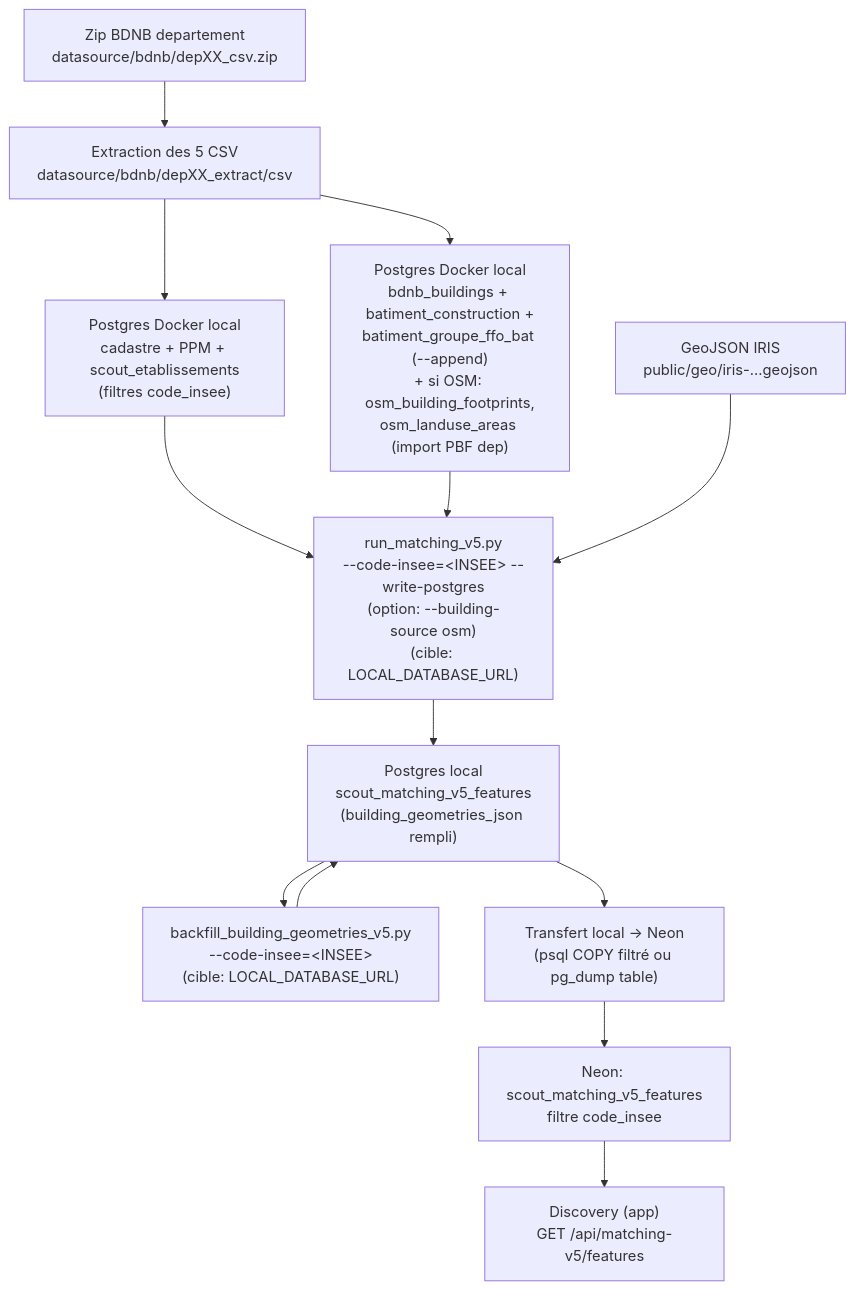
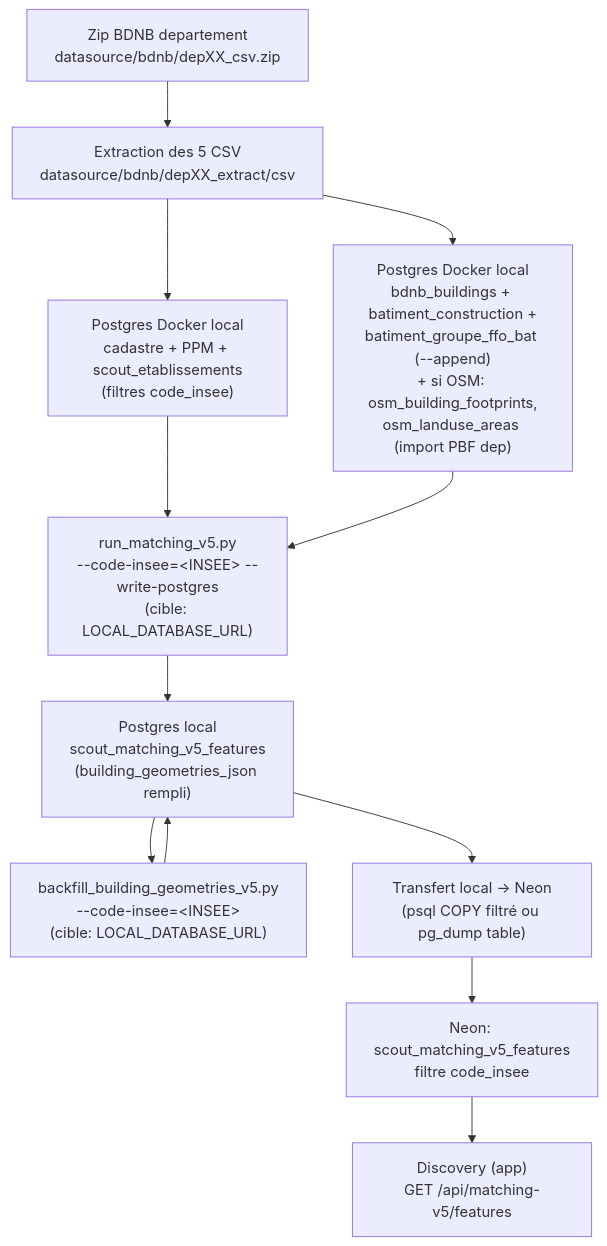
Before and after one commit to MaximeLamanda/App-Radianz: the diagram in docs/PROCEDURE-AJOUT-COMMUNE.md, drawn with Mermaid. The commit also changed other lines of this file and 187 other files, not shown here.

````diff
--- a/docs/PROCEDURE-AJOUT-COMMUNE.md
+++ b/docs/PROCEDURE-AJOUT-COMMUNE.md
@@ -47,24 +48,22 @@
 ```mermaid
 flowchart TD
     Zip["Zip BDNB departement<br/>datasource/bdnb/depXX_csv.zip"]
     Extract["Extraction des 5 CSV<br/>datasource/bdnb/depXX_extract/csv"]
     LocalSupport["Postgres Docker local<br/>cadastre + PPM + scout_etablissements<br/>(filtres code_insee)"]
     LocalBdnb["Postgres Docker local<br/>bdnb_buildings + batiment_construction +<br/>batiment_groupe_ffo_bat (--append)<br/>+ si OSM: osm_building_footprints,<br/>osm_landuse_areas (import PBF dep)"]
-    IrisLocal["GeoJSON IRIS<br/>public/geo/iris-...geojson"]
-    MatchLocal["run_matching_v5.py<br/>--code-insee=&lt;INSEE&gt; --write-postgres<br/>(option: --building-source osm)<br/>(cible: LOCAL_DATABASE_URL)"]
+    MatchLocal["run_matching_v5.py<br/>--code-insee=&lt;INSEE&gt; --write-postgres<br/>(cible: LOCAL_DATABASE_URL)"]
     Backfill["backfill_building_geometries_v5.py<br/>--code-insee=&lt;INSEE&gt;<br/>(cible: LOCAL_DATABASE_URL)"]
     LocalScout["Postgres local<br/>scout_matching_v5_features<br/>(building_geometries_json rempli)"]
     Transfer["Transfert local -> Neon<br/>(psql COPY filtré ou pg_dump table)"]
     Neon["Neon: scout_matching_v5_features<br/>filtre code_insee"]
     Discovery["Discovery (app)<br/>GET /api/matching-v5/features"]
 
     Zip --> Extract --> LocalBdnb
     Extract --> LocalSupport
     LocalSupport --> MatchLocal
     LocalBdnb --> MatchLocal
-    IrisLocal --> MatchLocal
     MatchLocal --> LocalScout
     LocalScout --> Backfill
     Backfill --> LocalScout
     LocalScout --> Transfer --> Neon --> Discovery
 ```
````
